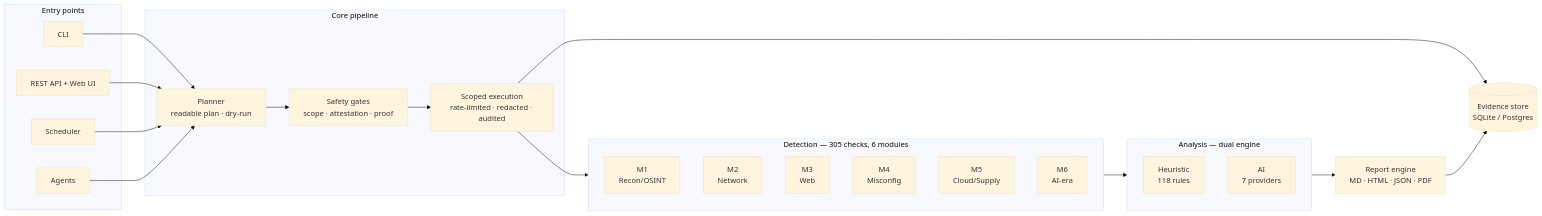
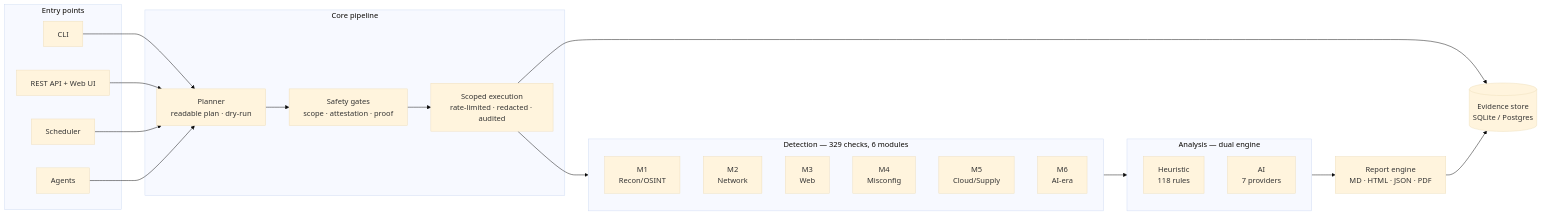
One commit to 0xFE1C/ARACHNE changed the first of 2 diagrams in README.md. Above: the diagram before and after it, drawn with Mermaid (base theme). The commit also changed other lines of this file and 22 other files, not shown here.

````diff
--- a/README.md
+++ b/README.md
@@ -60,40 +60,40 @@
 ```mermaid
 flowchart LR
     subgraph entry["Entry points"]
         CLI["CLI"]
         API["REST API + Web UI"]
         SCH["Scheduler"]
         AGT["Agents"]
     end
     subgraph pipeline["Core pipeline"]
         PLAN["Planner<br/>readable plan · dry-run"]
         GATES["Safety gates<br/>scope · attestation · proof"]
         RUN["Scoped execution<br/>rate-limited · redacted · audited"]
     end
-    subgraph modules["Detection — 305 checks, 6 modules"]
+    subgraph modules["Detection — 329 checks, 6 modules"]
         M1["M1<br/>Recon/OSINT"]
         M2["M2<br/>Network"]
         M3["M3<br/>Web"]
         M4["M4<br/>Misconfig"]
         M5["M5<br/>Cloud/Supply"]
         M6["M6<br/>AI-era"]
     end
     subgraph engines["Analysis — dual engine"]
         HEUR["Heuristic<br/>118 rules"]
         AIE["AI<br/>7 providers"]
     end
     REP["Report engine<br/>MD · HTML · JSON · PDF"]
     DB[("Evidence store<br/>SQLite / Postgres")]
 
     CLI --> PLAN
     API --> PLAN
     SCH --> PLAN
     AGT --> PLAN
     PLAN --> GATES
     GATES --> RUN
     RUN --> modules
     modules --> engines
     engines --> REP
     RUN --> DB
     REP --> DB
 ```
````
